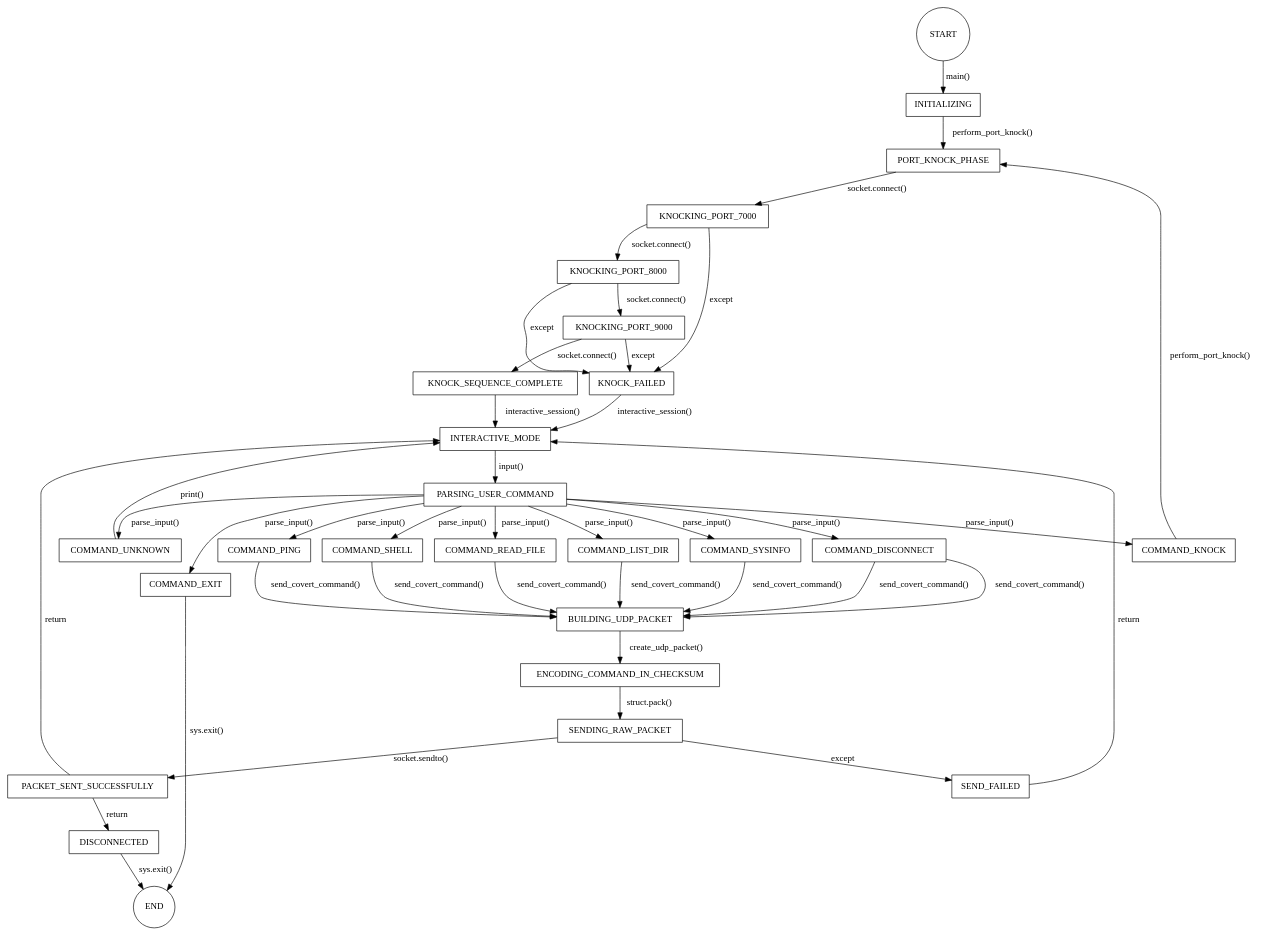
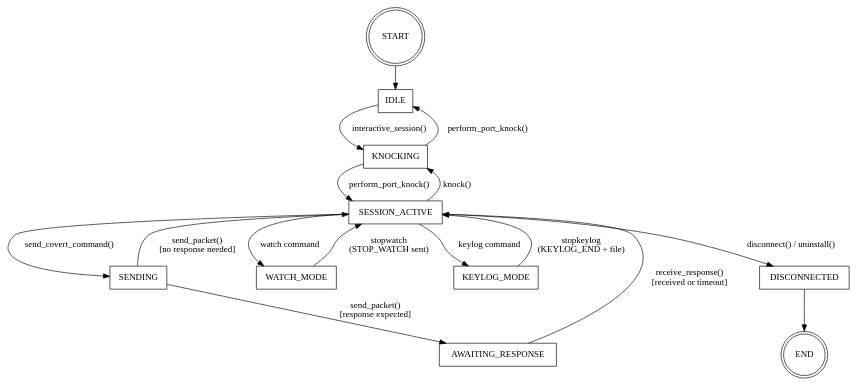
The diagram in fsms/commander.gv (cnryng/comp8505_project-1), drawn with Graphviz before and after one commit. The commit also changed 1 other file, not shown here.

```diff
--- a/fsms/commander.gv
+++ b/fsms/commander.gv
@@ -1,70 +1,28 @@
-digraph Commander {
-    node [shape=box];
+digraph commander_fsm {
+    node [shape=box]
 
-    START [shape=circle];
-    INITIALIZING;
-    PORT_KNOCK_PHASE;
-    KNOCKING_PORT_7000;
-    KNOCKING_PORT_8000;
-    KNOCKING_PORT_9000;
-    KNOCK_SEQUENCE_COMPLETE;
-    KNOCK_FAILED;
-    INTERACTIVE_MODE;
-    PARSING_USER_COMMAND;
-    COMMAND_KNOCK;
-    COMMAND_PING;
-    COMMAND_SHELL;
-    COMMAND_READ_FILE;
-    COMMAND_LIST_DIR;
-    COMMAND_SYSINFO;
-    COMMAND_DISCONNECT;
-    COMMAND_EXIT;
-    COMMAND_UNKNOWN;
-    BUILDING_UDP_PACKET;
-    ENCODING_COMMAND_IN_CHECKSUM;
-    SENDING_RAW_PACKET;
-    PACKET_SENT_SUCCESSFULLY;
-    SEND_FAILED;
-    DISCONNECTED;
-    END [shape=circle];
+    START [shape=doublecircle];
+    END [shape=doublecircle];
 
-    START -> INITIALIZING [label="main()"];
-    INITIALIZING -> PORT_KNOCK_PHASE [label="perform_port_knock()"];
-    PORT_KNOCK_PHASE -> KNOCKING_PORT_7000 [label="socket.connect()"];
-    KNOCKING_PORT_7000 -> KNOCKING_PORT_8000 [label="socket.connect()"];
-    KNOCKING_PORT_8000 -> KNOCKING_PORT_9000 [label="socket.connect()"];
-    KNOCKING_PORT_9000 -> KNOCK_SEQUENCE_COMPLETE [label="socket.connect()"];
-    KNOCKING_PORT_7000 -> KNOCK_FAILED [label="except"];
-    KNOCKING_PORT_8000 -> KNOCK_FAILED [label="except"];
-    KNOCKING_PORT_9000 -> KNOCK_FAILED [label="except"];
-    KNOCK_SEQUENCE_COMPLETE -> INTERACTIVE_MODE [label="interactive_session()"];
-    KNOCK_FAILED -> INTERACTIVE_MODE [label="interactive_session()"];
-    INTERACTIVE_MODE -> PARSING_USER_COMMAND [label="input()"];
-    PARSING_USER_COMMAND -> COMMAND_KNOCK [label="parse_input()"];
-    PARSING_USER_COMMAND -> COMMAND_PING [label="parse_input()"];
-    PARSING_USER_COMMAND -> COMMAND_SHELL [label="parse_input()"];
-    PARSING_USER_COMMAND -> COMMAND_READ_FILE [label="parse_input()"];
-    PARSING_USER_COMMAND -> COMMAND_LIST_DIR [label="parse_input()"];
-    PARSING_USER_COMMAND -> COMMAND_SYSINFO [label="parse_input()"];
-    PARSING_USER_COMMAND -> COMMAND_DISCONNECT [label="parse_input()"];
-    PARSING_USER_COMMAND -> COMMAND_EXIT [label="parse_input()"];
-    PARSING_USER_COMMAND -> COMMAND_UNKNOWN [label="parse_input()"];
-    COMMAND_KNOCK -> PORT_KNOCK_PHASE [label="perform_port_knock()"];
-    COMMAND_PING -> BUILDING_UDP_PACKET [label="send_covert_command()"];
-    COMMAND_SHELL -> BUILDING_UDP_PACKET [label="send_covert_command()"];
-    COMMAND_READ_FILE -> BUILDING_UDP_PACKET [label="send_covert_command()"];
-    COMMAND_LIST_DIR -> BUILDING_UDP_PACKET [label="send_covert_command()"];
-    COMMAND_SYSINFO -> BUILDING_UDP_PACKET [label="send_covert_command()"];
-    COMMAND_DISCONNECT -> BUILDING_UDP_PACKET [label="send_covert_command()"];
-    BUILDING_UDP_PACKET -> ENCODING_COMMAND_IN_CHECKSUM [label="create_udp_packet()"];
-    ENCODING_COMMAND_IN_CHECKSUM -> SENDING_RAW_PACKET [label="struct.pack()"];
-    SENDING_RAW_PACKET -> PACKET_SENT_SUCCESSFULLY [label="socket.sendto()"];
-    SENDING_RAW_PACKET -> SEND_FAILED [label="except"];
-    PACKET_SENT_SUCCESSFULLY -> INTERACTIVE_MODE [label="return"];
-    SEND_FAILED -> INTERACTIVE_MODE [label="return"];
-    COMMAND_UNKNOWN -> INTERACTIVE_MODE [label="print()"];
-    COMMAND_DISCONNECT -> BUILDING_UDP_PACKET [label="send_covert_command()"];
-    PACKET_SENT_SUCCESSFULLY -> DISCONNECTED [label="return"];
-    COMMAND_EXIT -> END [label="sys.exit()"];
-    DISCONNECTED -> END [label="sys.exit()"];
+    START             -> IDLE               [label=""]
+    IDLE              -> KNOCKING           [label="interactive_session()"]
+    KNOCKING          -> IDLE               [label="perform_port_knock()"]
+    KNOCKING          -> SESSION_ACTIVE     [label="perform_port_knock()"]
+    SESSION_ACTIVE    -> KNOCKING           [label="knock()"]
+
+    SESSION_ACTIVE    -> SENDING            [label="send_covert_command()"]
+    SENDING           -> AWAITING_RESPONSE  [label="send_packet()\n[response expected]"]
+    SENDING           -> SESSION_ACTIVE     [label="send_packet()\n[no response needed]"]
+    AWAITING_RESPONSE -> SESSION_ACTIVE     [label="receive_response()\n[received or timeout]"]
+
+    SESSION_ACTIVE    -> WATCH_MODE         [label="watch command"]
+    WATCH_MODE        -> SESSION_ACTIVE     [label="stopwatch\n(STOP_WATCH sent)"]
+
+    SESSION_ACTIVE    -> KEYLOG_MODE        [label="keylog command"]
+    KEYLOG_MODE       -> SESSION_ACTIVE     [label="stopkeylog\n(KEYLOG_END + file)"]
+
+    SESSION_ACTIVE    -> DISCONNECTED       [label="disconnect() / uninstall()"]
+    DISCONNECTED      -> END                [label=""]
+
+
 }
```
